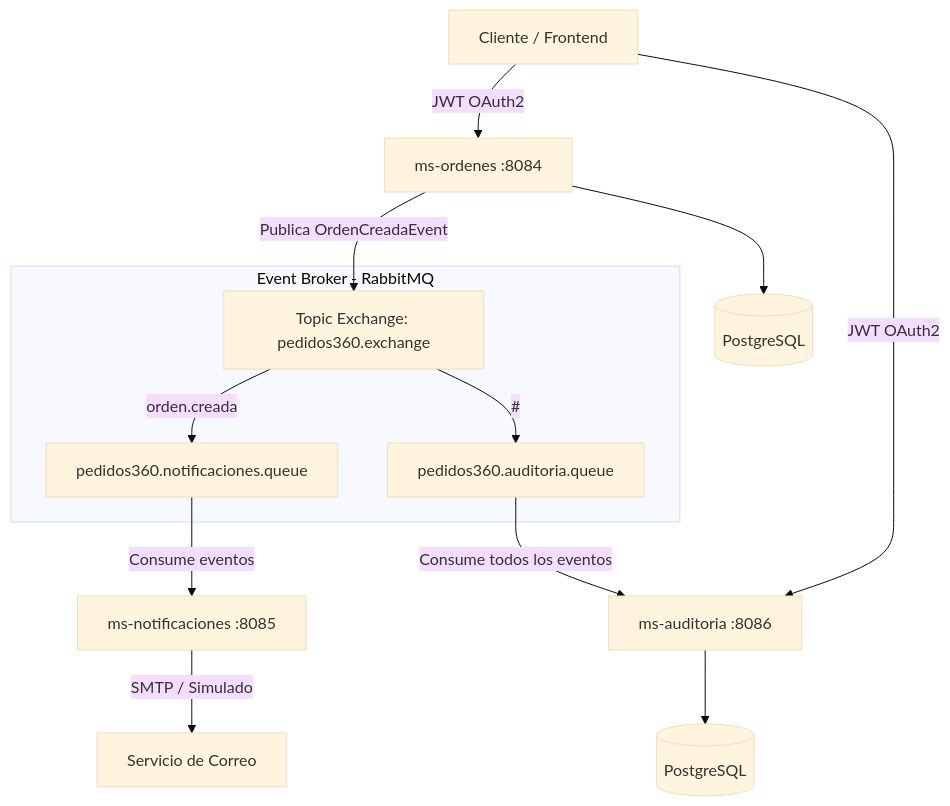
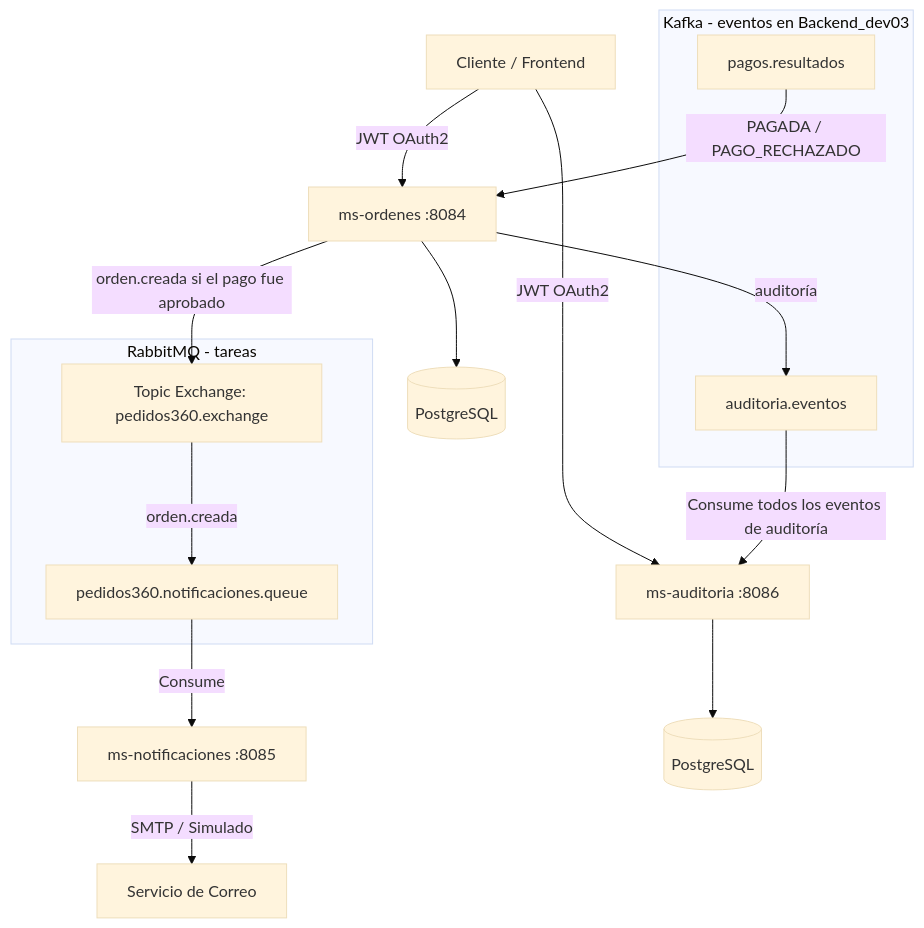
The diagram in README.md (EliecerSH/Backend_dev02), drawn with Mermaid (base theme) before and after one commit. The commit also changed other lines of this file and 26 other files, not shown here.

Commit message:
integracion del servicio de auditoria a backend02

````diff
--- a/README.md
+++ b/README.md
@@ -9,22 +9,26 @@
 ```mermaid
 graph TD
     Client[Cliente / Frontend] -->|JWT OAuth2| MS_Ordenes[ms-ordenes :8084]
     Client -->|JWT OAuth2| MS_Auditoria[ms-auditoria :8086]
 
-    subgraph Event Broker - RabbitMQ
+    subgraph RabbitMQ - tareas
         Exchange[Topic Exchange: pedidos360.exchange]
         Q_Notif[pedidos360.notificaciones.queue]
-        Q_Audit[pedidos360.auditoria.queue]
-
         Exchange -->|orden.creada| Q_Notif
-        Exchange -->|#| Q_Audit
     end
 
-    MS_Ordenes -->|Publica OrdenCreadaEvent| Exchange
-    Q_Notif -->|Consume eventos| MS_Notificaciones[ms-notificaciones :8085]
-    Q_Audit -->|Consume todos los eventos| MS_Auditoria
+    subgraph Kafka - eventos en Backend_dev03
+        T_Pagos[pagos.resultados]
+        T_Audit[auditoria.eventos]
+    end
+
+    T_Pagos -->|PAGADA / PAGO_RECHAZADO| MS_Ordenes
+    MS_Ordenes -->|orden.creada si el pago fue aprobado| Exchange
+    MS_Ordenes -->|auditoría| T_Audit
+    Q_Notif -->|Consume| MS_Notificaciones[ms-notificaciones :8085]
+    T_Audit -->|Consume todos los eventos de auditoría| MS_Auditoria
 
     MS_Ordenes --> DB_Ordenes[(PostgreSQL)]
     MS_Auditoria --> DB_Auditoria[(PostgreSQL)]
     MS_Notificaciones -->|SMTP / Simulado| EmailService[Servicio de Correo]
 ```
````
